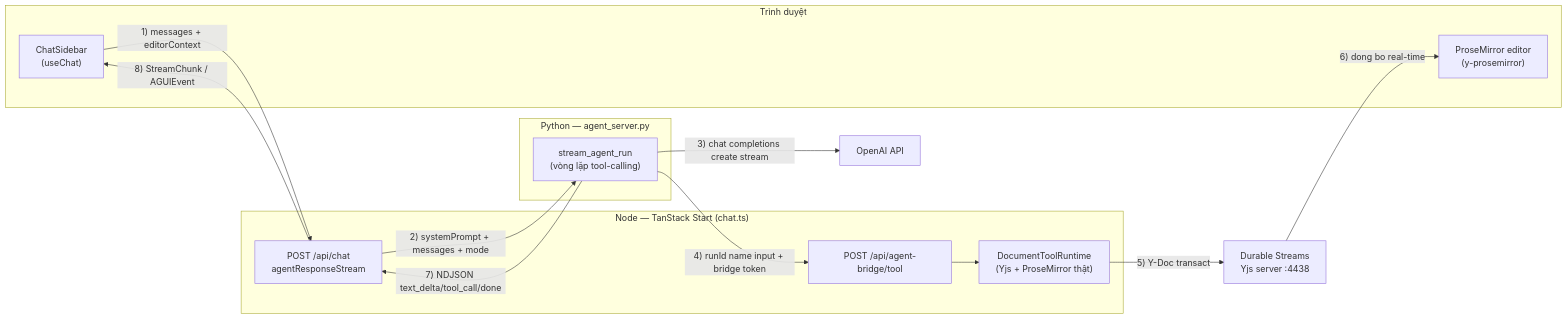
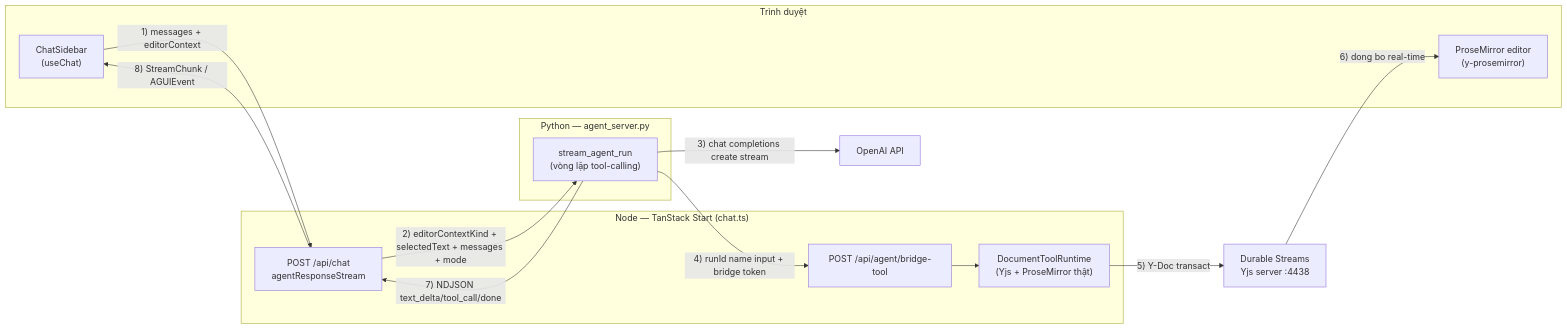
Before and after one commit to Truong-Hoang-Duy/bookmate: the first of 3 diagrams in AGENT_FLOWS.md, drawn with Mermaid. The commit also changed other lines of this file and 26 other files, not shown here.

````diff
--- a/AGENT_FLOWS.md
+++ b/AGENT_FLOWS.md
@@ -128,30 +166,30 @@
 ```mermaid
 graph LR
     subgraph Browser["Trình duyệt"]
         Editor["ProseMirror editor<br/>(y-prosemirror)"]
         Chat["ChatSidebar<br/>(useChat)"]
     end
 
     subgraph NodeApp["Node — TanStack Start (chat.ts)"]
         ChatRoute["POST /api/chat<br/>agentResponseStream"]
-        Bridge["POST /api/agent-bridge/tool"]
+        Bridge["POST /api/agent/bridge-tool"]
         Runtime["DocumentToolRuntime<br/>(Yjs + ProseMirror thật)"]
     end
 
     subgraph PythonApp["Python — agent_server.py"]
         Loop["stream_agent_run<br/>(vòng lặp tool-calling)"]
     end
 
     OpenAI["OpenAI API"]
     YjsServer["Durable Streams<br/>Yjs server :4438"]
 
     Chat -- "1) messages + editorContext" --> ChatRoute
-    ChatRoute -- "2) systemPrompt + messages + mode" --> Loop
+    ChatRoute -- "2) editorContextKind + selectedText + messages + mode" --> Loop
     Loop -- "3) chat completions create stream" --> OpenAI
     Loop -- "4) runId name input + bridge token" --> Bridge
     Bridge --> Runtime
     Runtime -- "5) Y-Doc transact" --> YjsServer
     YjsServer -- "6) dong bo real-time" --> Editor
     Loop -- "7) NDJSON text_delta/tool_call/done" --> ChatRoute
     ChatRoute -- "8) StreamChunk / AGUIEvent" --> Chat
 ```
````
